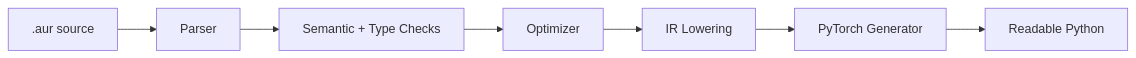
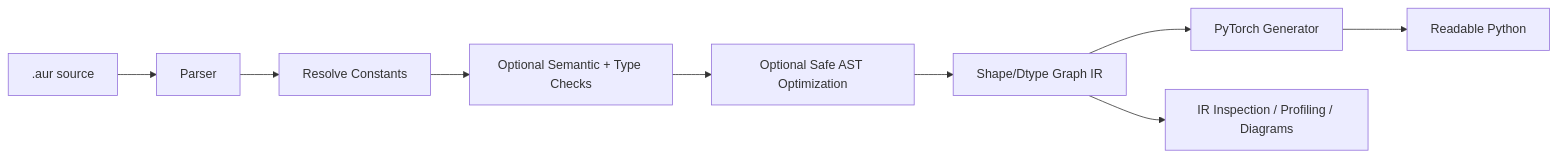
The diagram in README.md (desenyon/aurane), drawn with Mermaid before and after one commit. The commit also changed other lines of this file and 80 other files, not shown here.

````diff
--- a/README.md
+++ b/README.md
@@ -24,9 +24,11 @@
 ```mermaid
 flowchart LR
     A[".aur source"] --> B["Parser"]
-    B --> C["Semantic + Type Checks"]
-    C --> D["Optimizer"]
-    D --> E["IR Lowering"]
+    B --> S["Resolve Constants"]
+    S --> C["Optional Semantic + Type Checks"]
+    C --> D["Optional Safe AST Optimization"]
+    D --> E["Shape/Dtype Graph IR"]
     E --> F["PyTorch Generator"]
     F --> G["Readable Python"]
+    E --> H["IR Inspection / Profiling / Diagrams"]
 ```
````
